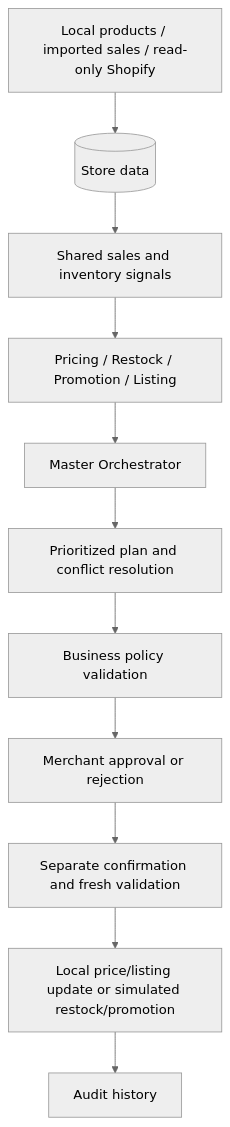
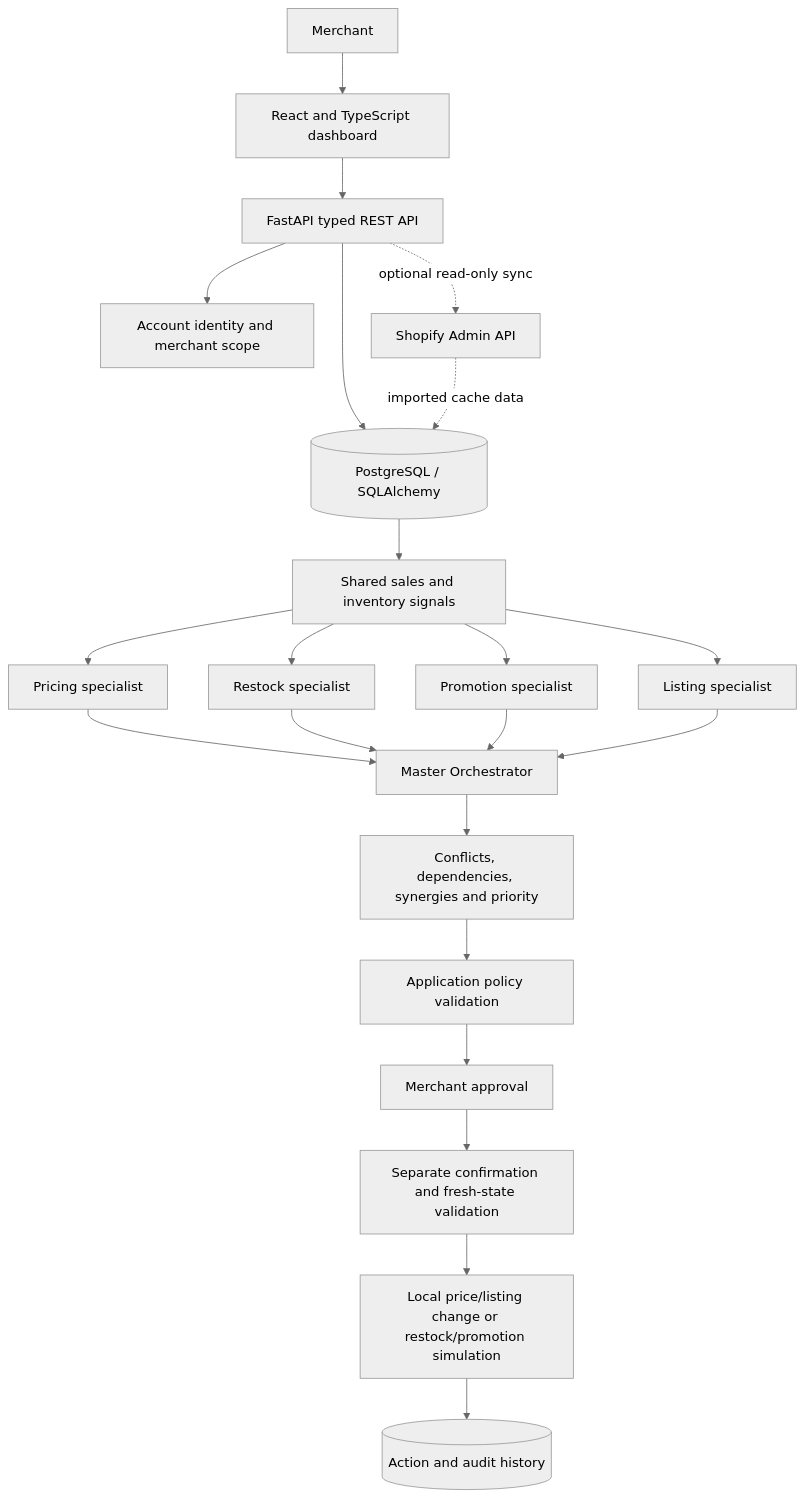
One commit to Priyanshuraj0909/CartPilot changed the diagram in README.md. Above: the diagram before and after it, drawn with Mermaid (neutral theme). The commit also changed other lines of this file, not shown here.

````diff
--- a/README.md
+++ b/README.md
@@ -65,13 +81,24 @@
 ```mermaid
 flowchart TD
-    Source[Local products / imported sales / read-only Shopify] --> Data[(Store data)]
-    Data --> Signals[Shared sales and inventory signals]
-    Signals --> Specialists[Pricing / Restock / Promotion / Listing]
-    Specialists --> Master[Master Orchestrator]
-    Master --> Plan[Prioritized plan and conflict resolution]
-    Plan --> Policy[Business policy validation]
-    Policy --> Approval[Merchant approval or rejection]
-    Approval --> Execution[Separate confirmation and fresh validation]
-    Execution --> Result[Local price/listing update or simulated restock/promotion]
-    Result --> Audit[Audit history]
+    M[Merchant] --> UI[React and TypeScript dashboard]
+    UI --> API[FastAPI typed REST API]
+    API --> AUTH[Account identity and merchant scope]
+    API --> DB[(PostgreSQL / SQLAlchemy)]
+    DB --> SIG[Shared sales and inventory signals]
+    SIG --> P[Pricing specialist]
+    SIG --> R[Restock specialist]
+    SIG --> C[Promotion specialist]
+    SIG --> L[Listing specialist]
+    P --> O[Master Orchestrator]
+    R --> O
+    C --> O
+    L --> O
+    O --> X[Conflicts, dependencies, synergies and priority]
+    X --> V[Application policy validation]
+    V --> H[Merchant approval]
+    H --> F[Separate confirmation and fresh-state validation]
+    F --> E[Local price/listing change or restock/promotion simulation]
+    E --> AUD[(Action and audit history)]
+    API -. optional read-only sync .-> SHOP[Shopify Admin API]
+    SHOP -. imported cache data .-> DB
 ```
````
